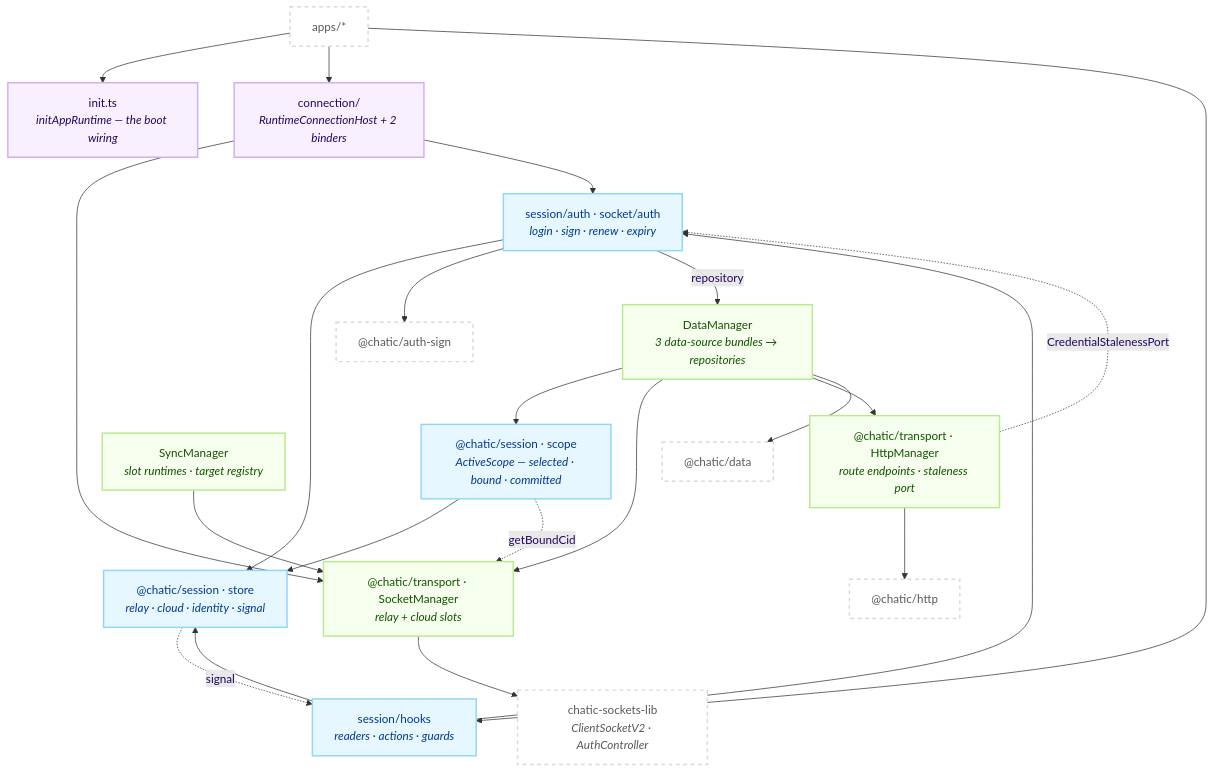
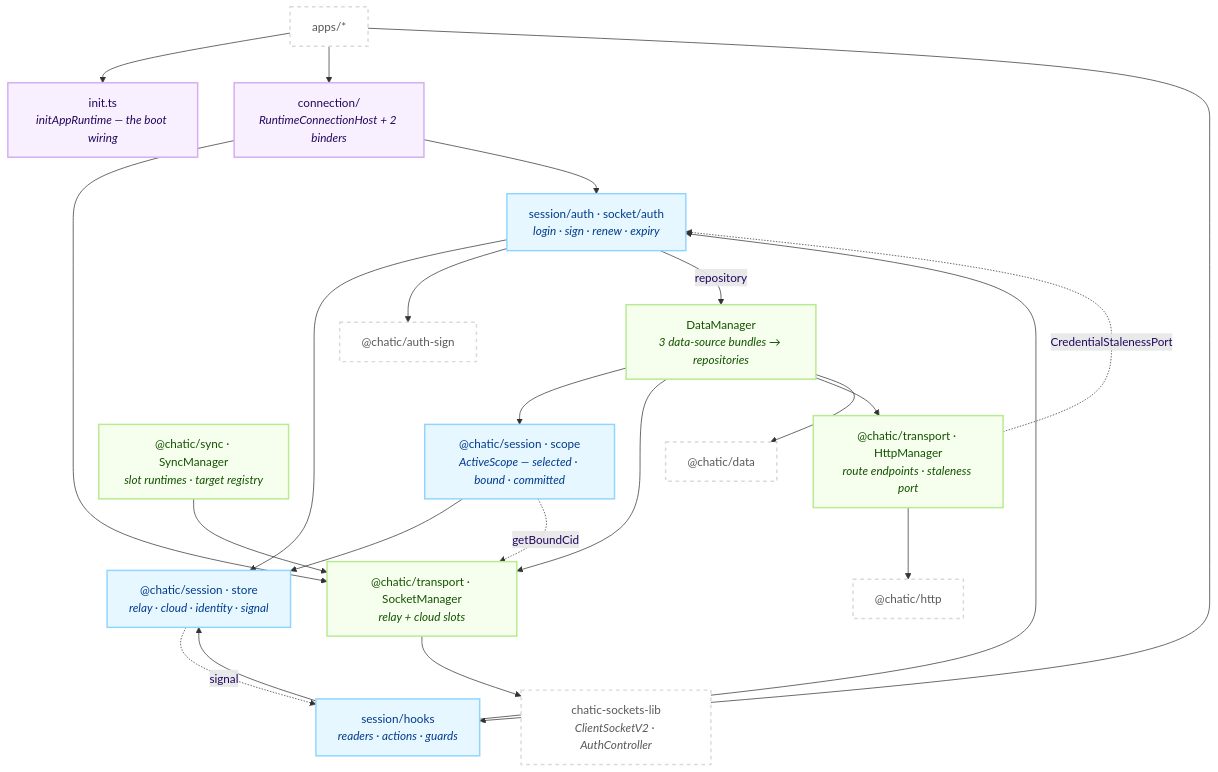
Before and after one commit to lemoncloud-io/dou-app: the first of 2 diagrams in libs/app-runtime/README.md, drawn with Mermaid. The commit also changed other lines of this file and 74 other files, not shown here.

````diff
--- a/libs/app-runtime/README.md
+++ b/libs/app-runtime/README.md
@@ -71,48 +71,48 @@
 ```mermaid
 flowchart TD
     classDef root fill:#f9f0ff,stroke:#d3adf7,stroke-width:2px,color:#22075e;
     classDef sess fill:#e6f7ff,stroke:#91d5ff,stroke-width:2px,color:#003a8c;
     classDef eng fill:#f6ffed,stroke:#b7eb8f,stroke-width:2px,color:#135200;
     classDef ext fill:#ffffff,stroke:#d9d9d9,stroke-width:2px,color:#595959,stroke-dasharray: 5 5;
 
     App["apps/*"]:::ext
     Init["init.ts<br/><i>initAppRuntime — the boot wiring</i>"]:::root
     Host["connection/<br/><i>RuntimeConnectionHost + 2 binders</i>"]:::root
 
     Hooks["session/hooks<br/><i>readers · actions · guards</i>"]:::sess
     Auth["session/auth · socket/auth<br/><i>login · sign · renew · expiry</i>"]:::sess
     Store["@chatic/session · store<br/><i>relay · cloud · identity · signal</i>"]:::sess
     Scope["@chatic/session · scope<br/><i>ActiveScope — selected · bound · committed</i>"]:::sess
 
     SM["@chatic/transport · SocketManager<br/><i>relay + cloud slots</i>"]:::eng
-    SyncM["SyncManager<br/><i>slot runtimes · target registry</i>"]:::eng
+    SyncM["@chatic/sync · SyncManager<br/><i>slot runtimes · target registry</i>"]:::eng
     HM["@chatic/transport · HttpManager<br/><i>route endpoints · staleness port</i>"]:::eng
     DM["DataManager<br/><i>3 data-source bundles → repositories</i>"]:::eng
 
     SDK["chatic-sockets-lib<br/><i>ClientSocketV2 · AuthController</i>"]:::ext
     Data["@chatic/data"]:::ext
     Http["@chatic/http"]:::ext
     Sign["@chatic/auth-sign"]:::ext
 
     App --> Init
     App --> Host
     App --> Hooks
     Host --> SM
     Host --> Auth
     Hooks --> Auth
     Hooks --> Store
     Auth --> Store
     Auth --> Sign
     Auth -->|"repository"| DM
     Scope --> Store
     Scope -.->|"getBoundCid"| SM
     Store -.->|"signal"| Hooks
     SM --> SDK
     SyncM --> SM
     DM --> Scope
     DM --> SM
     DM --> HM
     DM --> Data
     HM --> Http
     HM -.->|"CredentialStalenessPort"| Auth
 ```
````
